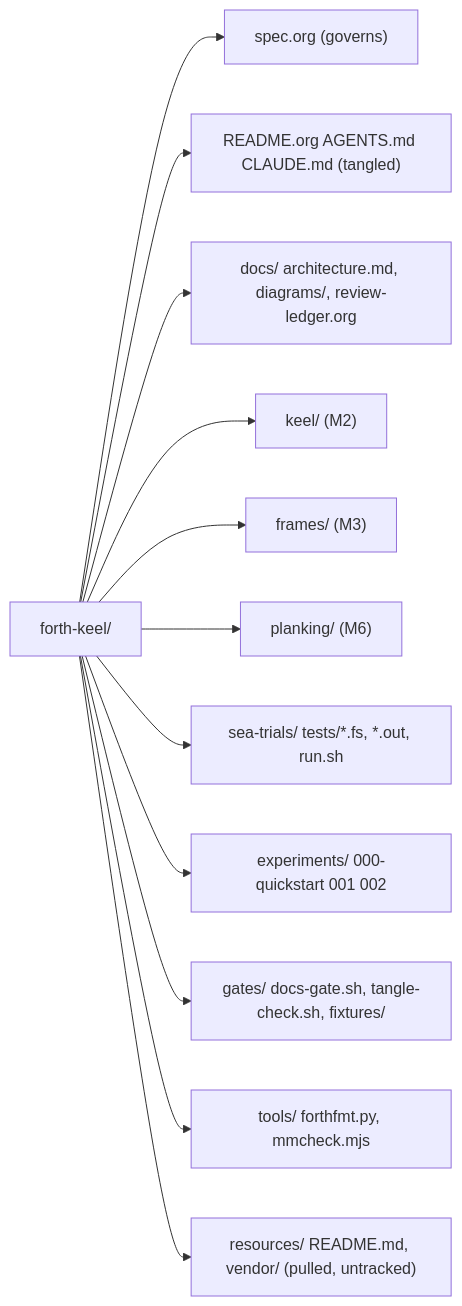
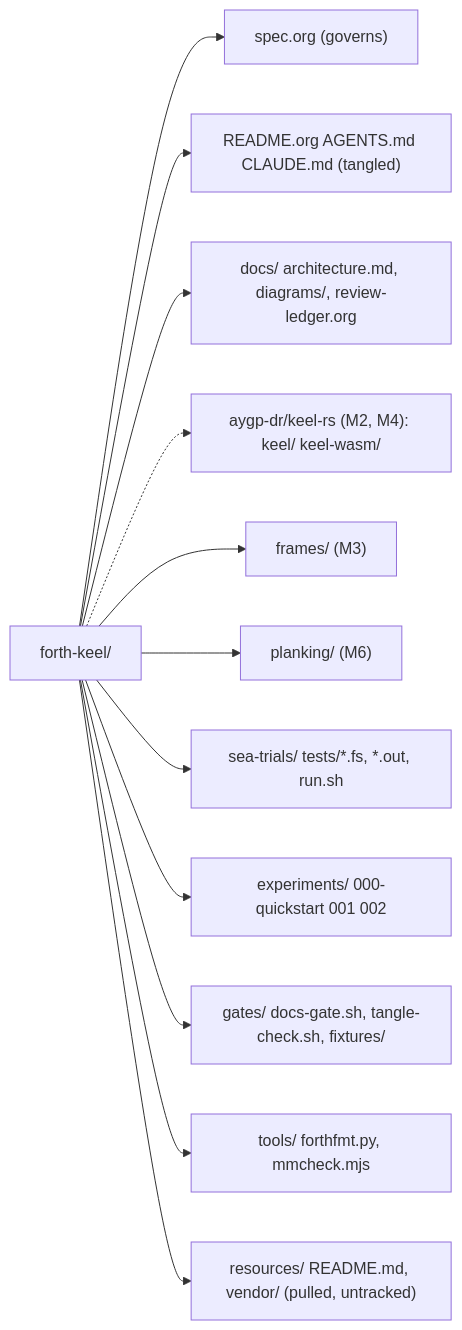
The diagram in docs/diagrams/12-repo-layout.mmd (aygp-dr/forth-keel), drawn with Mermaid before and after one commit. The commit also changed 4 other files, not shown here.

```diff
--- a/docs/diagrams/12-repo-layout.mmd
+++ b/docs/diagrams/12-repo-layout.mmd
@@ -1,13 +1,14 @@
 flowchart LR
   root["forth-keel/"]
   root --> spec["spec.org (governs)"]
   root --> derived["README.org AGENTS.md CLAUDE.md (tangled)"]
   root --> docs["docs/ architecture.md, diagrams/, review-ledger.org"]
-  root --> keel["keel/ (M2)"]
+  keelrepo["aygp-dr/keel-rs (M2, M4): keel/ keel-wasm/"]
+  root -.-> keelrepo
   root --> frames["frames/ (M3)"]
   root --> planking["planking/ (M6)"]
   root --> trials["sea-trials/ tests/*.fs, *.out, run.sh"]
   root --> exps["experiments/ 000-quickstart 001 002"]
   root --> gates["gates/ docs-gate.sh, tangle-check.sh, fixtures/"]
   root --> tools["tools/ forthfmt.py, mmcheck.mjs"]
   root --> res["resources/ README.md, vendor/ (pulled, untracked)"]
```
